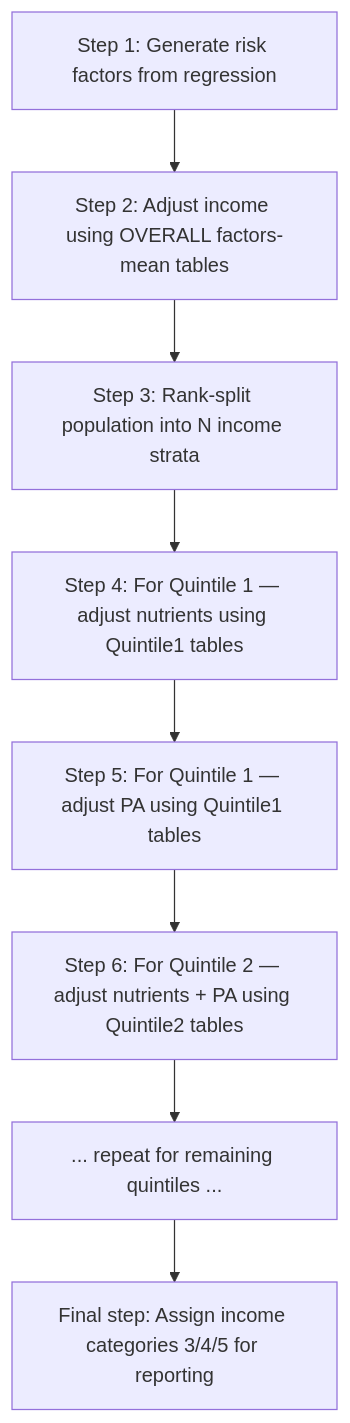
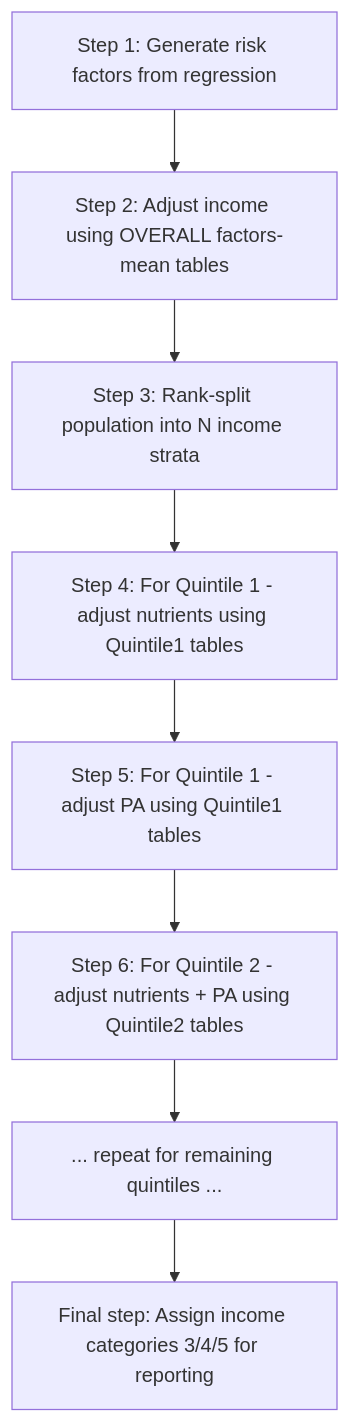
Before and after one commit to imperialCHEPI/healthgps: the third of 4 diagrams in documentation/technical/guides/finch-linear-models-and-income-adjustment.md, drawn with Mermaid. The commit also changed other lines of this file and 25 other files, not shown here.

````diff
--- a/documentation/technical/guides/finch-linear-models-and-income-adjustment.md
+++ b/documentation/technical/guides/finch-linear-models-and-income-adjustment.md
@@ -229,11 +228,11 @@
 ```mermaid
 flowchart TD
     S1[Step 1: Generate risk factors from regression] --> S2
     S2[Step 2: Adjust income using OVERALL factors-mean tables] --> S3
     S3[Step 3: Rank-split population into N income strata] --> S4
-    S4[Step 4: For Quintile 1 — adjust nutrients using Quintile1 tables] --> S5
-    S5[Step 5: For Quintile 1 — adjust PA using Quintile1 tables] --> S6
-    S6[Step 6: For Quintile 2 — adjust nutrients + PA using Quintile2 tables] --> S7
+    S4[Step 4: For Quintile 1 - adjust nutrients using Quintile1 tables] --> S5
+    S5[Step 5: For Quintile 1 - adjust PA using Quintile1 tables] --> S6
+    S6[Step 6: For Quintile 2 - adjust nutrients + PA using Quintile2 tables] --> S7
     S7[... repeat for remaining quintiles ...] --> S8
     S8[Final step: Assign income categories 3/4/5 for reporting]
 ```
````
